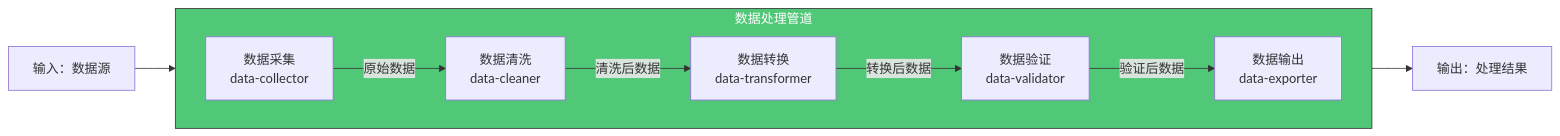
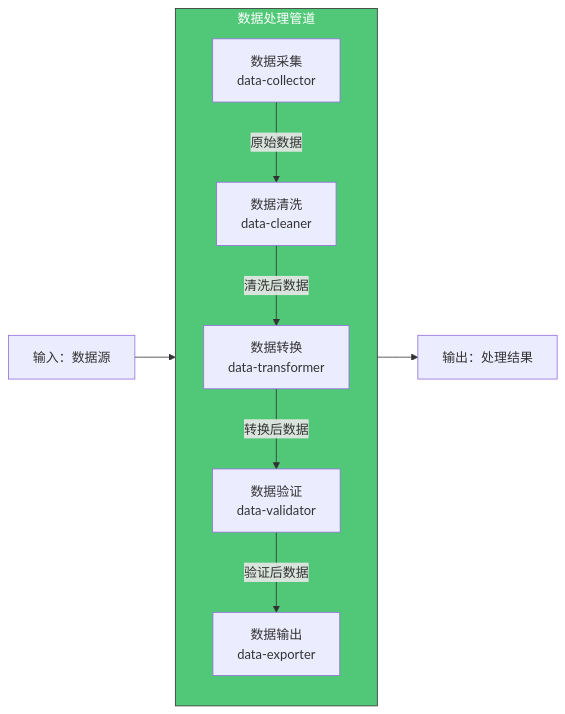
The fourth of 6 diagrams in src/05-skills/plugin-patterns.md (tonydeng/harness-engineering-from-oc-to-ai-coding), drawn with Mermaid before and after one commit. The commit also changed other lines of this file and 331 other files, not shown here.

````diff
--- a/src/05-skills/plugin-patterns.md
+++ b/src/05-skills/plugin-patterns.md
@@ -312,15 +318,15 @@
 ```mermaid
 flowchart LR
     subgraph Pipeline[数据处理管道]
-        direction LR
+        direction TB
         P1[数据采集<br/>data-collector] --> |"原始数据"| P2[数据清洗<br/>data-cleaner]
         P2 --> |"清洗后数据"| P3[数据转换<br/>data-transformer]
         P3 --> |"转换后数据"| P4[数据验证<br/>data-validator]
         P4 --> |"验证后数据"| P5[数据输出<br/>data-exporter]
     end
     
     Input[输入：数据源] --> P1
     P5 --> Output[输出：处理结果]
     
     style Pipeline fill:#50C878,stroke:#333,color:#fff
 ```
````
